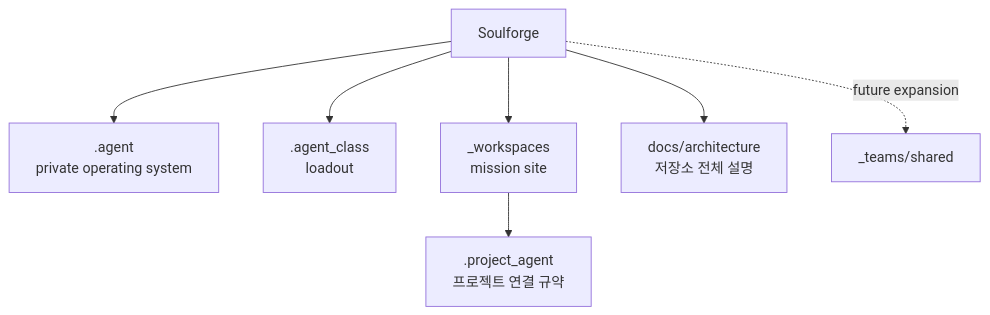
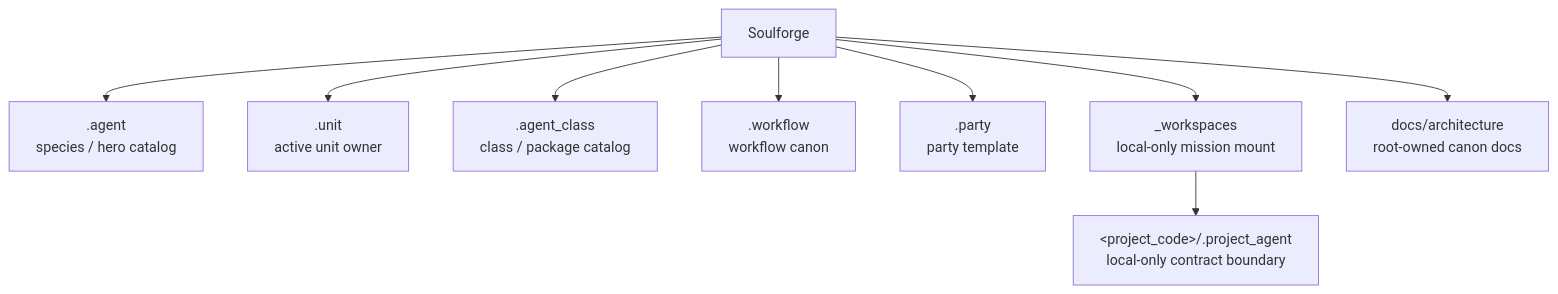
The diagram in docs/architecture/foundation/REPOSITORY_PURPOSE.md (SungYongMOON/soulforge), drawn with Mermaid before and after one commit. The commit also changed other lines of this file and 39 other files, not shown here.

````diff
--- a/docs/architecture/foundation/REPOSITORY_PURPOSE.md
+++ b/docs/architecture/foundation/REPOSITORY_PURPOSE.md
@@ -28,9 +19,11 @@
 ```mermaid
 flowchart TD
-  S["Soulforge"] --> B[".agent<br/>private operating system"]
-  S --> C[".agent_class<br/>loadout"]
-  S --> W["_workspaces<br/>mission site"]
-  W --> P[".project_agent<br/>프로젝트 연결 규약"]
-  S --> D["docs/architecture<br/>저장소 전체 설명"]
-  S -. "future expansion" .-> T["_teams/shared"]
+  S["Soulforge"] --> A[".agent<br/>species / hero catalog"]
+  S --> U[".unit<br/>active unit owner"]
+  S --> C[".agent_class<br/>class / package catalog"]
+  S --> W[".workflow<br/>workflow canon"]
+  S --> P[".party<br/>party template"]
+  S --> M["_workspaces<br/>local-only mission mount"]
+  M --> PA["&lt;project_code&gt;/.project_agent<br/>local-only contract boundary"]
+  S --> D["docs/architecture<br/>root-owned canon docs"]
 ```
````
